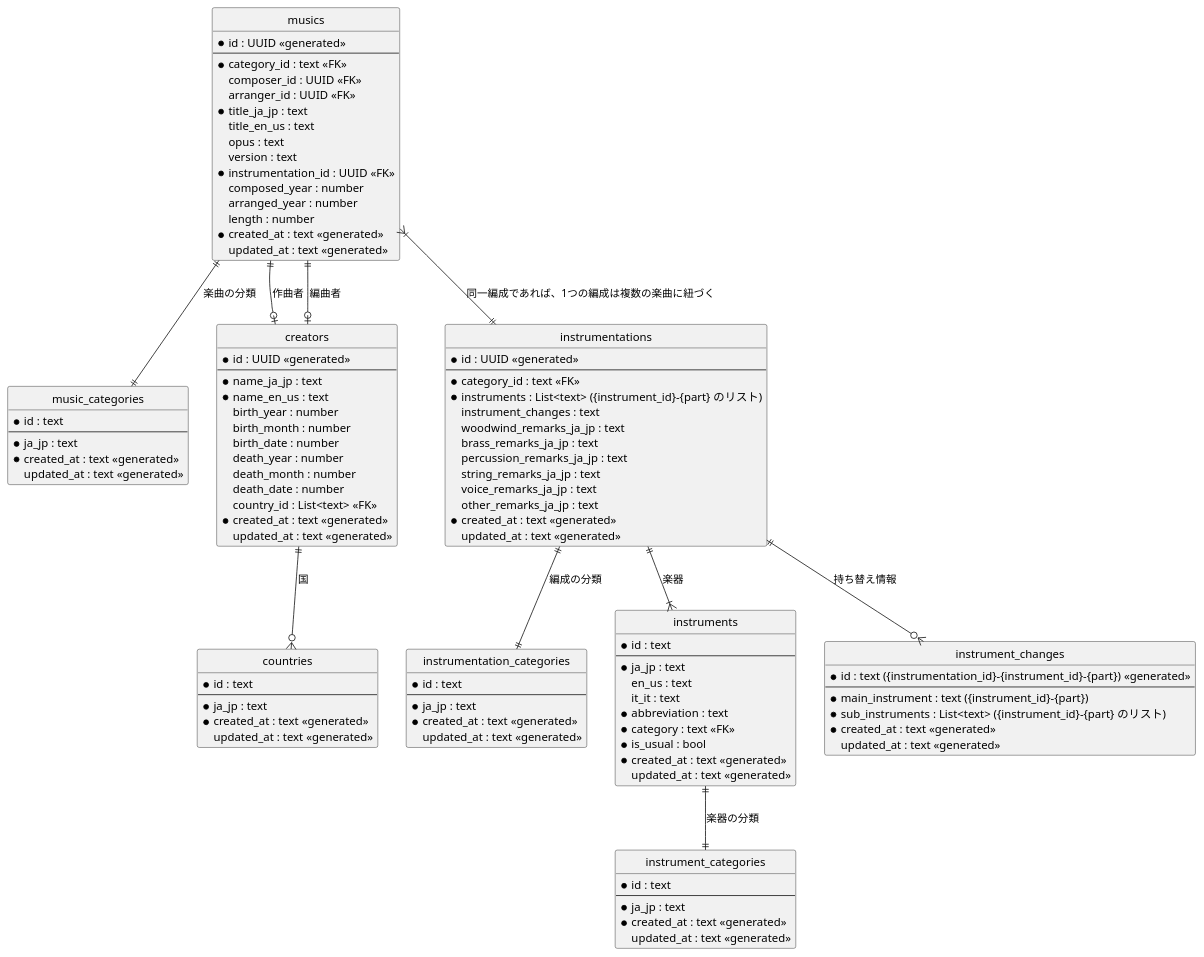
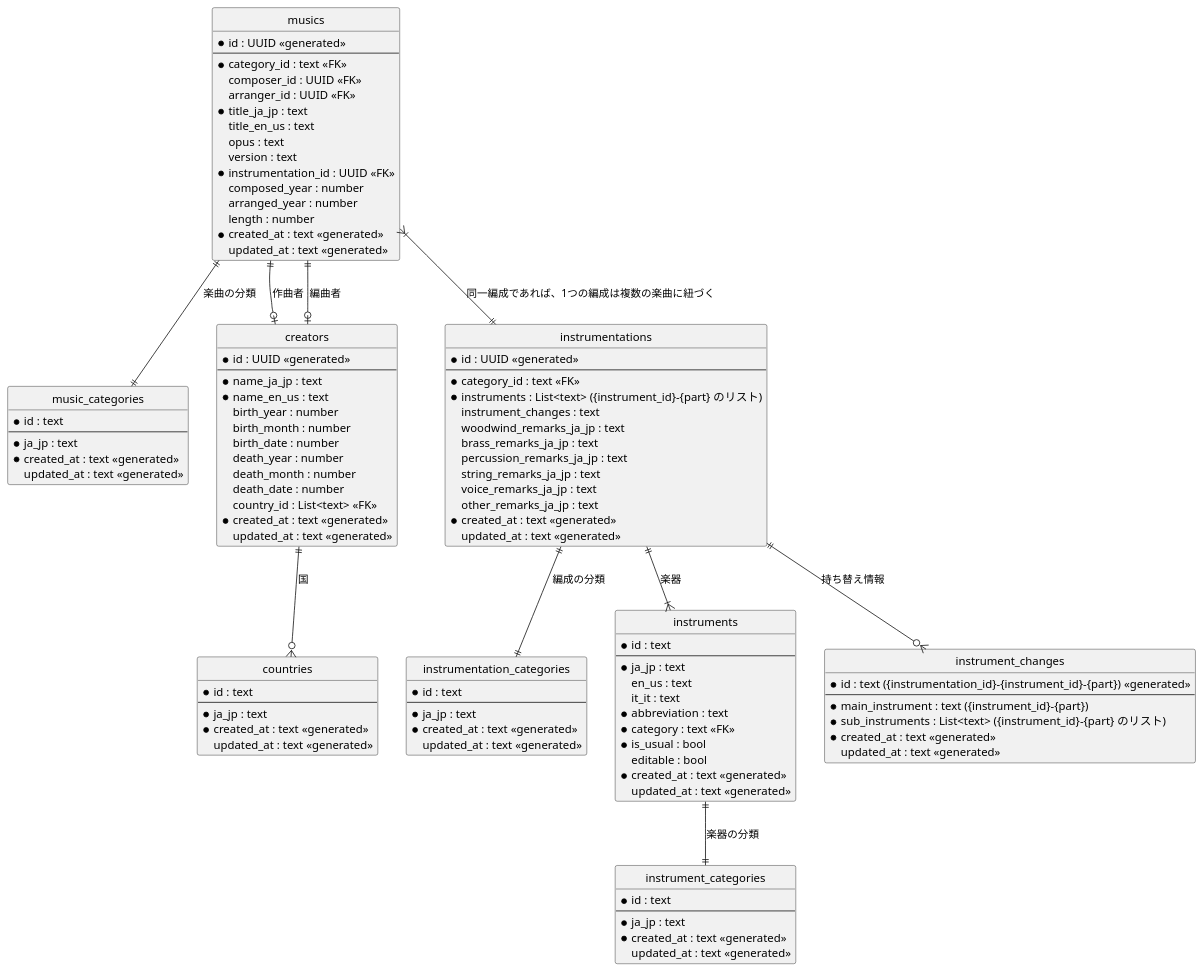
Before and after one commit to masjinno/music-pf-backend: the diagram in docs/database/music-pf-database_music.pu, drawn with PlantUML. The commit also changed 11 other files, not shown here.

```diff
--- a/docs/database/music-pf-database_music.pu
+++ b/docs/database/music-pf-database_music.pu
@@ -1,132 +1,133 @@
 @startuml
 
 ' hide the spot
 hide circle
 
 ' 楽曲テーブル
 entity "musics" as music {
     * id : UUID <<generated>>
     --
     * category_id : text <<FK>>
     composer_id : UUID <<FK>>
     arranger_id : UUID <<FK>>
     * title_ja_jp : text
     title_en_us : text
     opus : text
     version : text
     * instrumentation_id : UUID <<FK>>
     composed_year : number
     arranged_year : number
     length : number
     * created_at : text <<generated>>
     updated_at : text <<generated>>
 }
 
 ' 楽曲分類テーブル
 entity "music_categories" as music_category {
     * id : text
     --
     * ja_jp : text
     * created_at : text <<generated>>
     updated_at : text <<generated>>
 }
 
 ' 作者(作曲者や編曲者)テーブル
 entity "creators" as creator {
     * id : UUID <<generated>>
     --
     * name_ja_jp : text
     * name_en_us : text
     birth_year : number
     birth_month : number
     birth_date : number
     death_year : number
     death_month : number
     death_date : number
     country_id : List<text> <<FK>>
     * created_at : text <<generated>>
     updated_at : text <<generated>>
 }
 
 ' 国テーブル
 entity "countries" as country {
     * id : text
     --
     * ja_jp : text
     * created_at : text <<generated>>
     updated_at : text <<generated>>
 }
 
 ' 編成テーブル
 entity "instrumentations" as instrumentation {
     * id : UUID <<generated>>
     --
     * category_id : text <<FK>>
     * instruments : List<text> ({instrument_id}-{part} のリスト)
     instrument_changes : text
     woodwind_remarks_ja_jp : text
     brass_remarks_ja_jp : text
     percussion_remarks_ja_jp : text
     string_remarks_ja_jp : text
     voice_remarks_ja_jp : text
     other_remarks_ja_jp : text
     * created_at : text <<generated>>
     updated_at : text <<generated>>
 }
 
 ' 編成分類テーブル
 entity "instrumentation_categories" as instrumentation_category {
     * id : text
     --
     * ja_jp : text
     * created_at : text <<generated>>
     updated_at : text <<generated>>
 }
 
 ' 楽器テーブル
 entity "instruments" as instrument {
     * id : text
     --
     * ja_jp : text
     en_us : text
     it_it : text
     * abbreviation : text
     * category : text <<FK>>
     * is_usual : bool
+    editable : bool
     * created_at : text <<generated>>
     updated_at : text <<generated>>
 }
 
 ' 楽器分類テーブル
 entity "instrument_categories" as instrument_category {
     * id : text
     --
     * ja_jp : text
     * created_at : text <<generated>>
     updated_at : text <<generated>>
 }
 
 ' 楽器持替えテーブル
 entity "instrument_changes" as instrument_change {
     * id : text ({instrumentation_id}-{instrument_id}-{part}) <<generated>>
     --
     * main_instrument : text ({instrument_id}-{part})
     * sub_instruments : List<text> ({instrument_id}-{part} のリスト)
     * created_at : text <<generated>>
     updated_at : text <<generated>>
 }
 
 music ||--|| music_category : 楽曲の分類
 music ||--o| creator : 作曲者
 music ||--o| creator : 編曲者
 music }|--|| instrumentation : 同一編成であれば、1つの編成は複数の楽曲に紐づく
 
 creator ||--o{ country : 国
 
 instrumentation ||--|| instrumentation_category : 編成の分類
 instrumentation ||--|{ instrument : 楽器
 instrumentation ||--o{ instrument_change : 持ち替え情報
 
 instrument ||--|| instrument_category : 楽器の分類
 
 @enduml
```
